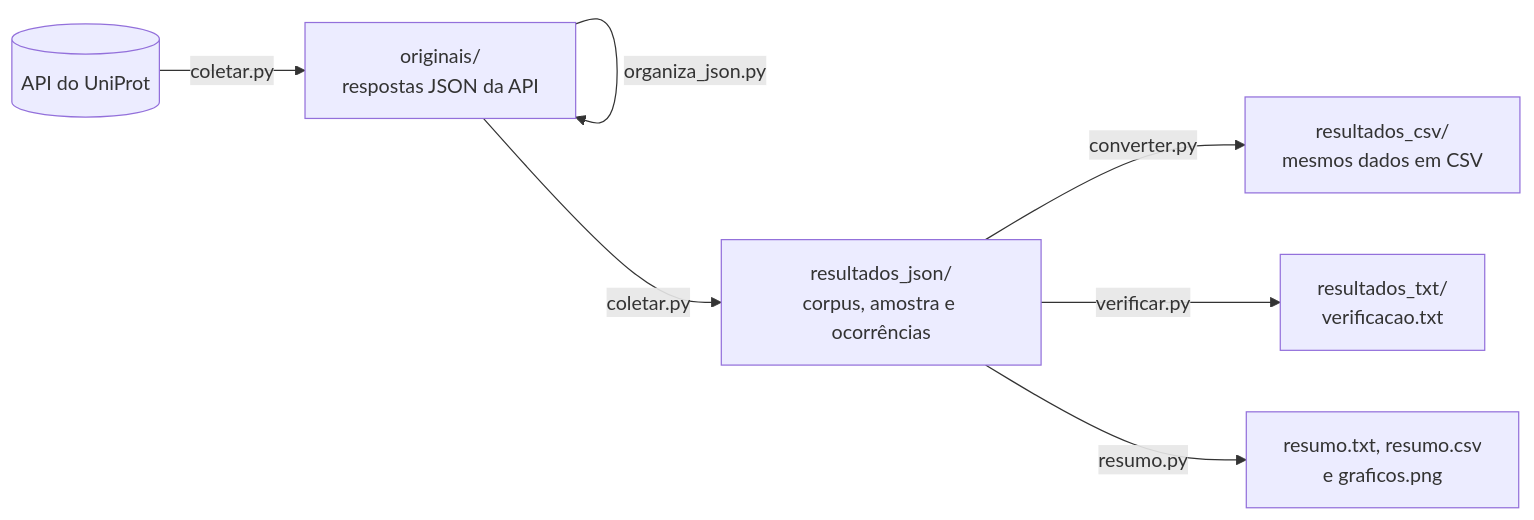
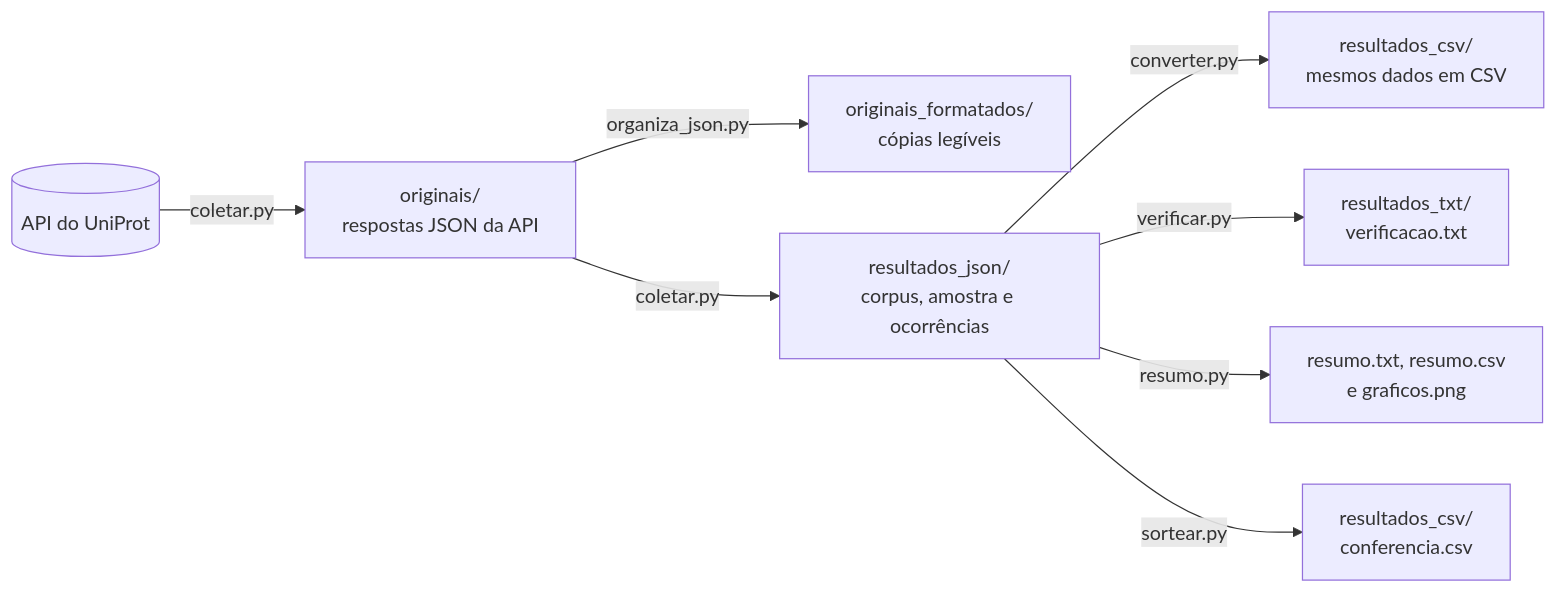
The diagram in README.md (RicardoRisson/prot-extractor), drawn with Mermaid before and after one commit. The commit also changed other lines of this file and 8 other files, not shown here.

````diff
--- a/README.md
+++ b/README.md
@@ -43,9 +45,10 @@
 ```mermaid
 flowchart LR
     A[(API do UniProt)] -->|coletar.py| B["originais/<br/>respostas JSON da API"]
-    B -->|organiza_json.py| B
+    B -->|organiza_json.py| G["originais_formatados/<br/>cópias legíveis"]
     B -->|coletar.py| C["resultados_json/<br/>corpus, amostra e ocorrências"]
     C -->|converter.py| D["resultados_csv/<br/>mesmos dados em CSV"]
     C -->|verificar.py| E["resultados_txt/<br/>verificacao.txt"]
     C -->|resumo.py| F["resumo.txt, resumo.csv<br/>e graficos.png"]
+    C -->|sortear.py| H["resultados_csv/<br/>conferencia.csv"]
 ```
````
